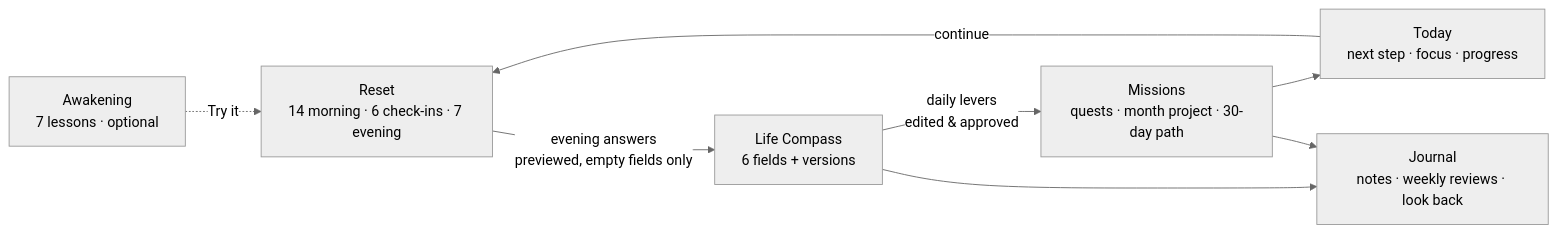
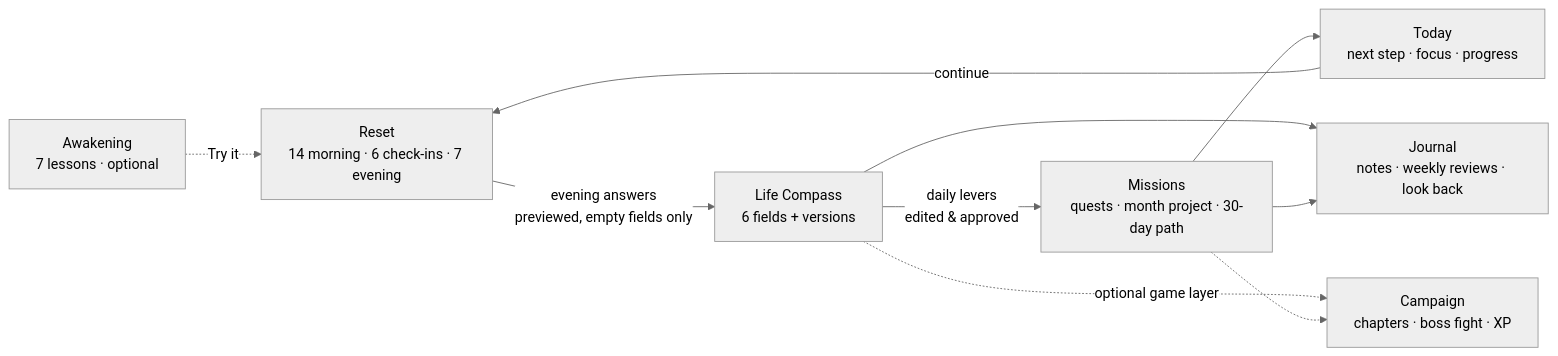
The diagram in README.md (gabsioussema/cartharise), drawn with Mermaid (neutral theme) before and after one commit. The commit also changed other lines of this file and 28 other files, not shown here.

First line of the commit message:
Add the Campaign: the game version as an optional layer (F-058–F-064)

````diff
--- a/README.md
+++ b/README.md
@@ -150,10 +161,12 @@
 ```mermaid
 flowchart LR
     L["Awakening<br/>7 lessons · optional"] -.->|Try it| R
     R["Reset<br/>14 morning · 6 check-ins · 7 evening"] -->|evening answers<br/>previewed, empty fields only| C["Life Compass<br/>6 fields + versions"]
     C -->|daily levers<br/>edited & approved| M["Missions<br/>quests · month project · 30-day path"]
     M --> T["Today<br/>next step · focus · progress"]
     T -->|continue| R
     C --> J["Journal<br/>notes · weekly reviews · look back"]
     M --> J
+    C -.->|optional game layer| G["Campaign<br/>chapters · boss fight · XP"]
+    M -.-> G
 ```
````
